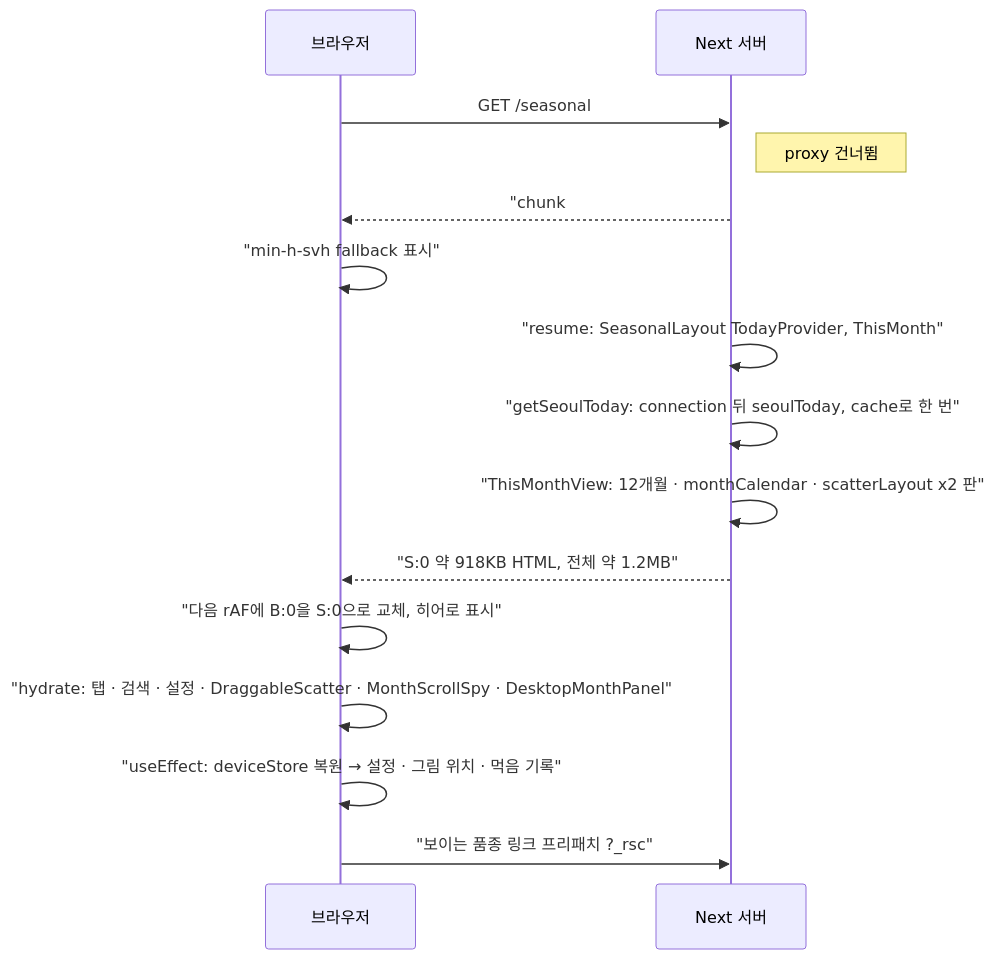
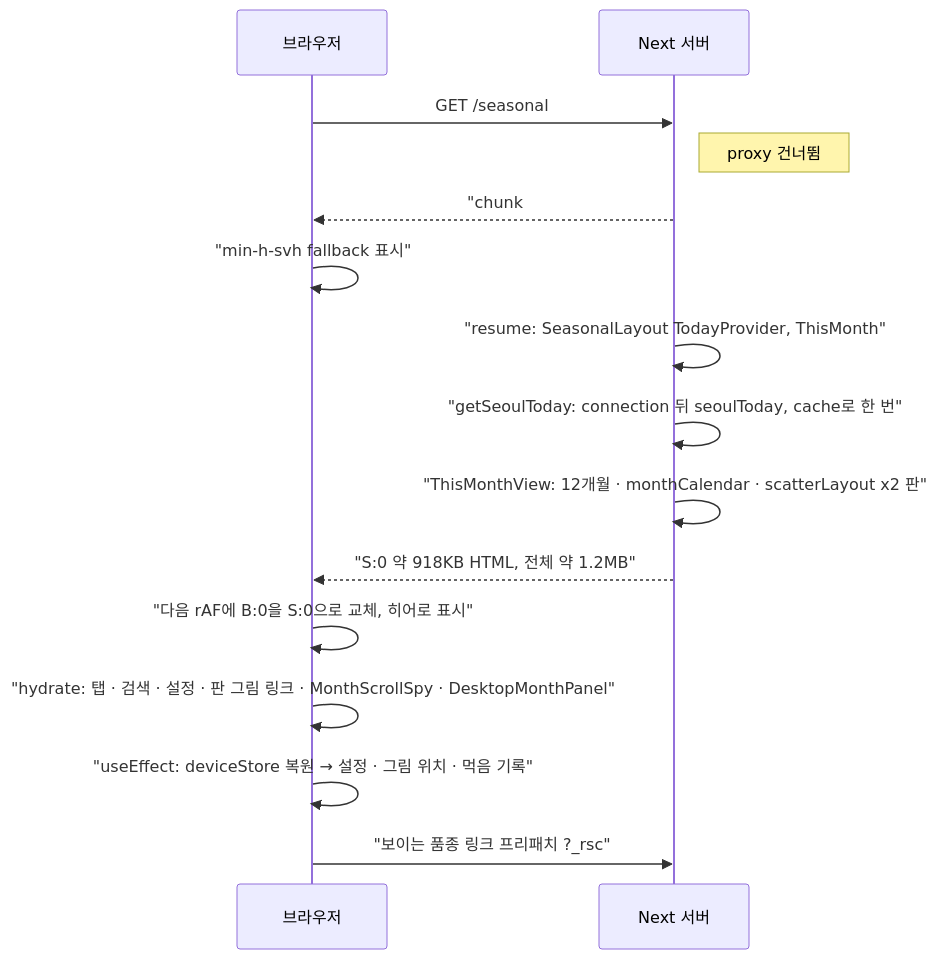
The diagram in apps/web/docs/rendering-flow/03-seasonal-this-month.md (Junyong34/grocery-fair-price), drawn with Mermaid before and after one commit. The commit also changed other lines of this file and 14 other files, not shown here.

````diff
--- a/apps/web/docs/rendering-flow/03-seasonal-this-month.md
+++ b/apps/web/docs/rendering-flow/03-seasonal-this-month.md
@@ -45,17 +45,17 @@
 ```mermaid
 sequenceDiagram
     participant B as 브라우저
     participant S as Next 서버
     B->>S: GET /seasonal
     Note right of S: proxy 건너뜀
     S-->>B: "chunk#0 +518ms: 셸 17,718B, title · 헤더 · 탭 · 검색 · 내비, 구멍 B:0"
     B->>B: "min-h-svh fallback 표시"
     S->>S: "resume: SeasonalLayout TodayProvider, ThisMonth"
     S->>S: "getSeoulToday: connection 뒤 seoulToday, cache로 한 번"
     S->>S: "ThisMonthView: 12개월 · monthCalendar · scatterLayout x2 판"
     S-->>B: "S:0 약 918KB HTML, 전체 약 1.2MB"
     B->>B: "다음 rAF에 B:0을 S:0으로 교체, 히어로 표시"
-    B->>B: "hydrate: 탭 · 검색 · 설정 · DraggableScatter · MonthScrollSpy · DesktopMonthPanel"
+    B->>B: "hydrate: 탭 · 검색 · 설정 · 판 그림 링크 · MonthScrollSpy · DesktopMonthPanel"
     B->>B: "useEffect: deviceStore 복원 → 설정 · 그림 위치 · 먹음 기록"
     B->>S: "보이는 품종 링크 프리패치 ?_rsc"
 ```
````
